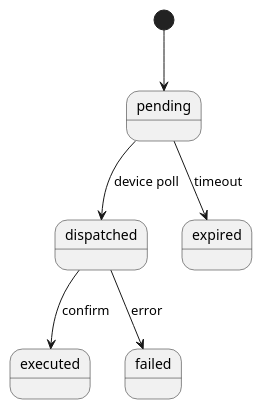
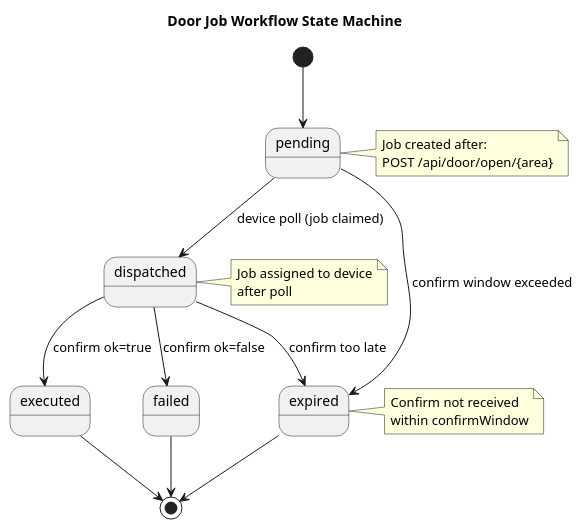
One commit to zukunftsforum-rissen/community-offers-bundle changed the diagram in docs/diagrams/workflow.puml. Above: the diagram before and after it, drawn with PlantUML. The commit also changed 49 other files, not shown here.

```diff
--- a/docs/diagrams/workflow.puml
+++ b/docs/diagrams/workflow.puml
@@ -1,9 +1,38 @@
 @startuml
 
+title Door Job Workflow State Machine
+
 [*] --> pending
-pending --> dispatched : device poll
-dispatched --> executed : confirm
-dispatched --> failed : error
-pending --> expired : timeout
+
+pending --> dispatched : device poll (job claimed)
+
+dispatched --> executed : confirm ok=true
+
+dispatched --> failed : confirm ok=false
+
+pending --> expired : confirm window exceeded
+
+dispatched --> expired : confirm too late
+
+executed --> [*]
+
+failed --> [*]
+
+expired --> [*]
+
+note right of pending
+Job created after:
+POST /api/door/open/{area}
+end note
+
+note right of dispatched
+Job assigned to device
+after poll
+end note
+
+note right of expired
+Confirm not received
+within confirmWindow
+end note
 
 @enduml
```
